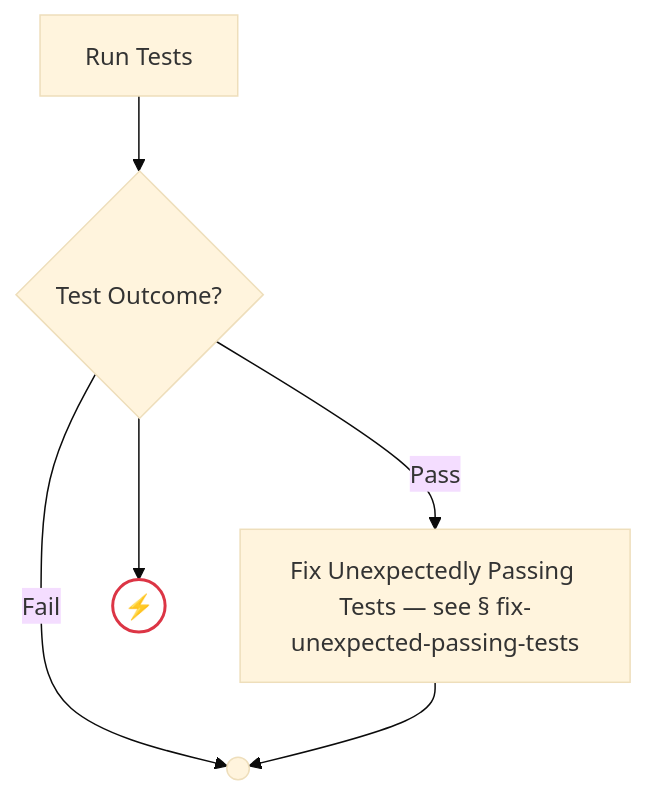
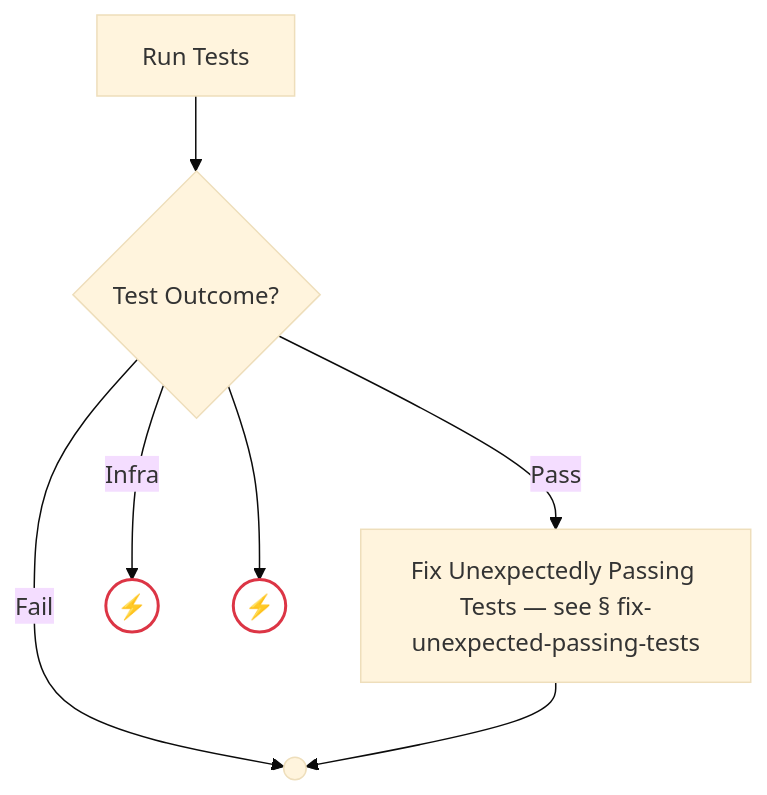
One commit to optivem/gh-optivem changed diagram 24 of 54 in docs/process-diagram.md. Above: the diagram before and after it, drawn with Mermaid (base theme). The commit also changed other lines of this file and 2 other files, not shown here.

Commit message:
atdd: regenerate process-flow diagram

````diff
--- a/docs/process-diagram.md
+++ b/docs/process-diagram.md
@@ -482,17 +484,19 @@
 ```mermaid
 flowchart TD
     FIX_UNEXPECTED_PASSING_TESTS[Fix Unexpectedly Passing Tests — see § fix-unexpected-passing-tests]
     GATE_TESTS_OUTCOME{Test Outcome?}
     RUN_TESTS[Run Tests]
+    TESTS_INFRA_HALT((⚡))
     UNKNOWN_TESTS_OUTCOME((⚡))
     VERIFY_FAIL_END(( ))
 
     RUN_TESTS --> GATE_TESTS_OUTCOME
     GATE_TESTS_OUTCOME -- Pass --> FIX_UNEXPECTED_PASSING_TESTS
     GATE_TESTS_OUTCOME -- Fail --> VERIFY_FAIL_END
+    GATE_TESTS_OUTCOME -- Infra --> TESTS_INFRA_HALT
     GATE_TESTS_OUTCOME --> UNKNOWN_TESTS_OUTCOME
     FIX_UNEXPECTED_PASSING_TESTS --> VERIFY_FAIL_END
 
     classDef errorEndNode fill:#ffffff,stroke:#dc3545,stroke-width:2px,color:#000000
-    class UNKNOWN_TESTS_OUTCOME errorEndNode
+    class TESTS_INFRA_HALT,UNKNOWN_TESTS_OUTCOME errorEndNode
 ```
````
